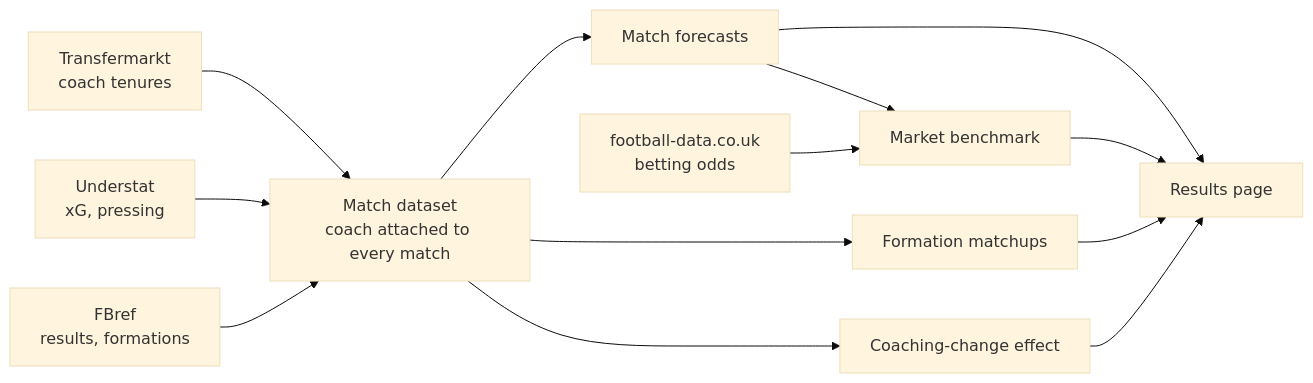
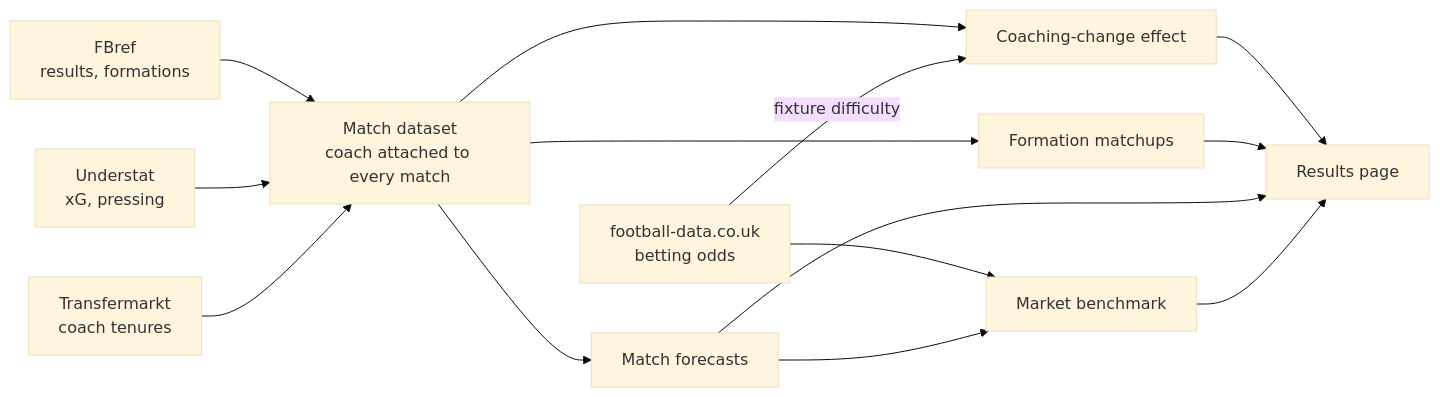
One commit to FPN1997/bundesliga-coach-impact changed the diagram in README.md. Above: the diagram before and after it, drawn with Mermaid (base theme). The commit also changed other lines of this file and 10 other files, not shown here.

First line of the commit message:
Update README, docs and results page for 13 seasons and fixture difficulty

````diff
--- a/README.md
+++ b/README.md
@@ -72,12 +83,13 @@
 ```mermaid
 flowchart LR
     FB[FBref<br/>results, formations] --> DS[Match dataset<br/>coach attached to every match]
     US[Understat<br/>xG, pressing] --> DS
     TM[Transfermarkt<br/>coach tenures] --> DS
     DS --> CE[Coaching-change effect]
     DS --> FM[Formation matchups]
     DS --> FC[Match forecasts]
     FD[football-data.co.uk<br/>betting odds] --> MB[Market benchmark]
+    FD -->|fixture difficulty| CE
     FC --> MB
     CE & FM & FC & MB --> WEB[Results page]
 ```
````
